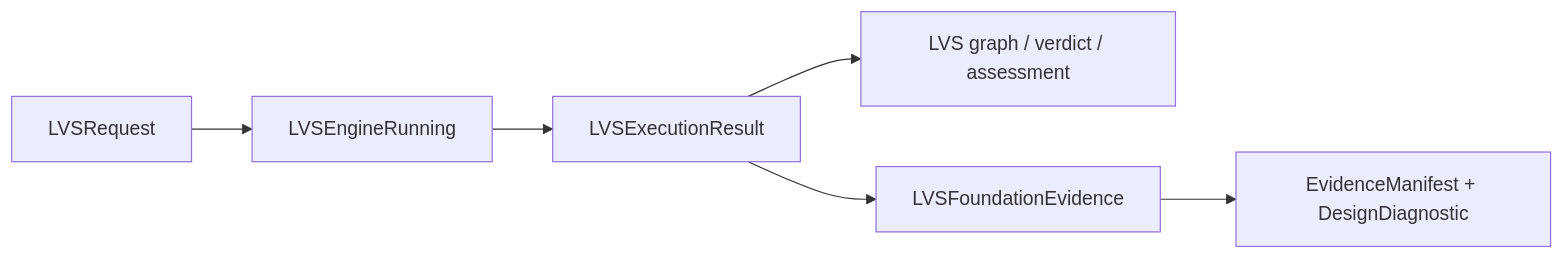
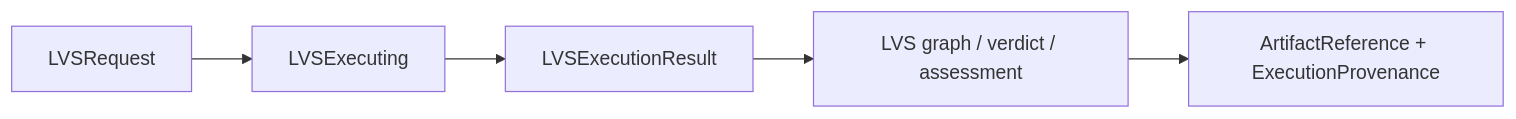
The diagram in README.md (1amageek/LVSEngine), drawn with Mermaid before and after one commit. The commit also changed other lines of this file and 10 other files, not shown here.

````diff
--- a/README.md
+++ b/README.md
@@ -10,8 +10,7 @@
 ```mermaid
 flowchart LR
-    Request["LVSRequest"] --> Engine["LVSEngineRunning"]
+    Request["LVSRequest"] --> Engine["LVSExecuting"]
     Engine --> Result["LVSExecutionResult"]
     Result --> Domain["LVS graph / verdict / assessment"]
-    Result --> Boundary["LVSFoundationEvidence"]
-    Boundary --> Foundation["EvidenceManifest + DesignDiagnostic"]
+    Domain --> Foundation["ArtifactReference + ExecutionProvenance"]
 ```
````
